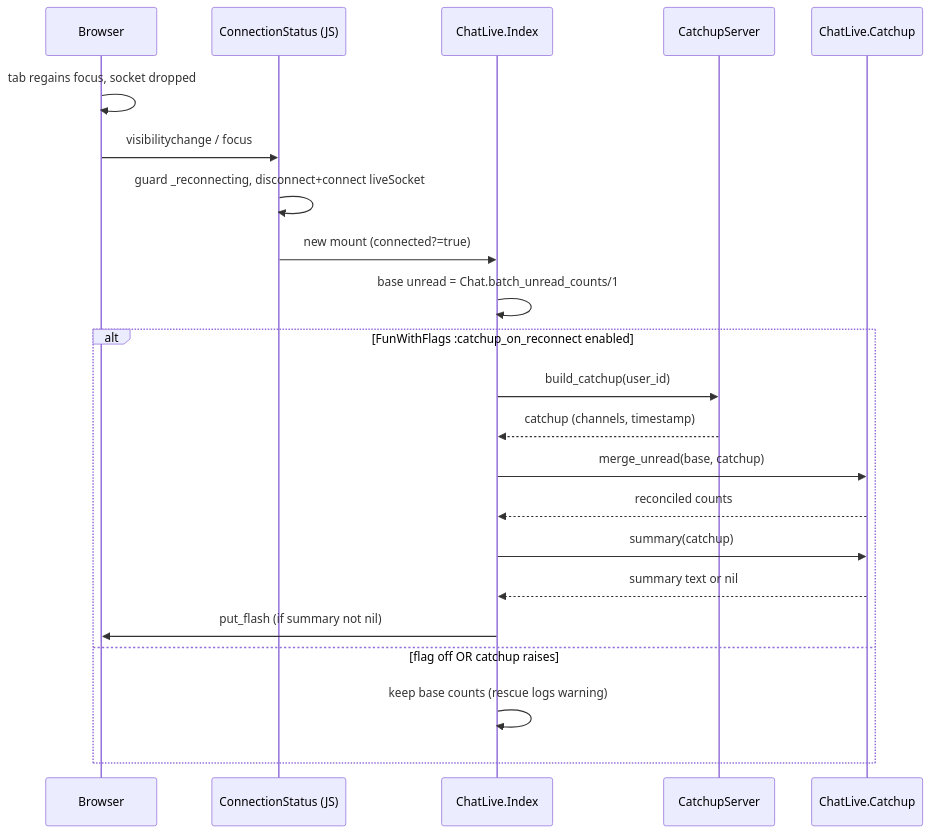
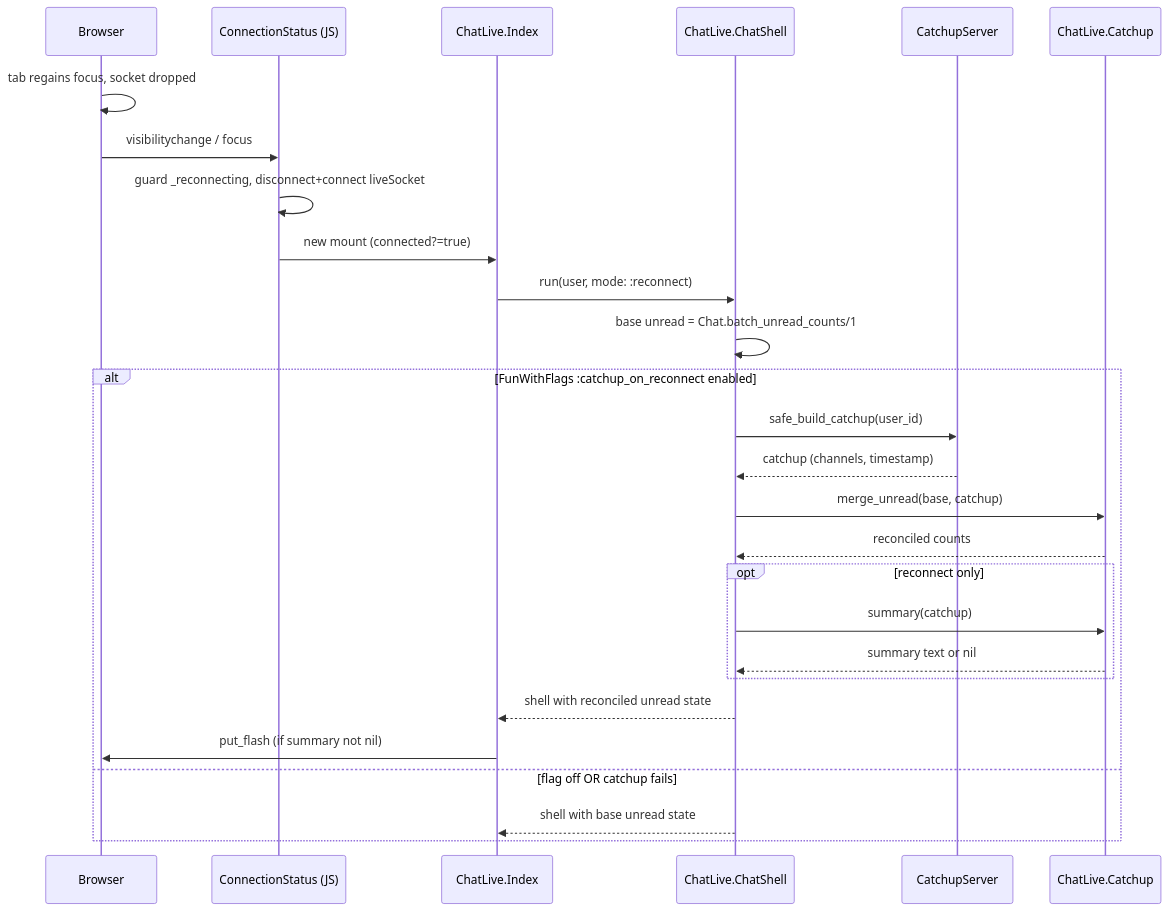
One commit to d-j-will/slackex changed the fourth of 5 diagrams in docs/architecture/web-and-liveview.md. Above: the diagram before and after it, drawn with Mermaid. The commit also changed other lines of this file and 9 other files, not shown here.

Commit message:
refactor(chat): extract chat shell and runtime mount seams

````diff
--- a/docs/architecture/web-and-liveview.md
+++ b/docs/architecture/web-and-liveview.md
@@ -281,25 +282,30 @@
 ```mermaid
 sequenceDiagram
   participant Browser
   participant CS as ConnectionStatus (JS)
   participant LV as ChatLive.Index
+  participant Shell as ChatLive.ChatShell
   participant Catch as CatchupServer
   participant C as ChatLive.Catchup
 
   Browser->>Browser: tab regains focus, socket dropped
   Browser->>CS: visibilitychange / focus
   CS->>CS: guard _reconnecting, disconnect+connect liveSocket
   CS->>LV: new mount (connected?=true)
-  LV->>LV: base unread = Chat.batch_unread_counts/1
+  LV->>Shell: run(user, mode: :reconnect)
+  Shell->>Shell: base unread = Chat.batch_unread_counts/1
   alt FunWithFlags :catchup_on_reconnect enabled
-    LV->>Catch: build_catchup(user_id)
-    Catch-->>LV: catchup (channels, timestamp)
-    LV->>C: merge_unread(base, catchup)
-    C-->>LV: reconciled counts
-    LV->>C: summary(catchup)
-    C-->>LV: summary text or nil
+    Shell->>Catch: safe_build_catchup(user_id)
+    Catch-->>Shell: catchup (channels, timestamp)
+    Shell->>C: merge_unread(base, catchup)
+    C-->>Shell: reconciled counts
+    opt reconnect only
+      Shell->>C: summary(catchup)
+      C-->>Shell: summary text or nil
+    end
+    Shell-->>LV: shell with reconciled unread state
     LV->>Browser: put_flash (if summary not nil)
-  else flag off OR catchup raises
-    LV->>LV: keep base counts (rescue logs warning)
+  else flag off OR catchup fails
+    Shell-->>LV: shell with base unread state
   end
 ```
````
